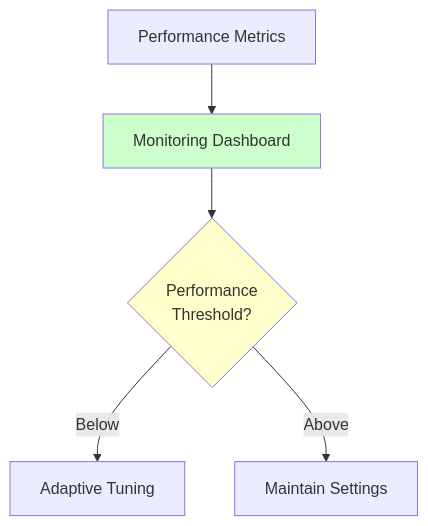
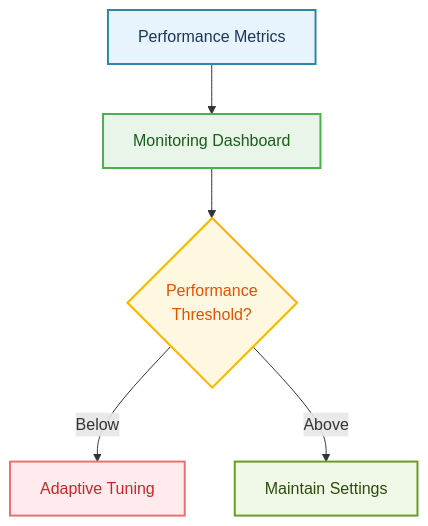
Diagram 16 of 17 in reference/technical-articles/2025-06-29-context-management-llm-agents.md (raphaelmansuy/digital_palace), drawn with Mermaid before and after one commit. The commit also changed other lines of this file, not shown here.

Commit message:
feat: enhance flowchart styles for improved visual clarity and consistency

````diff
--- a/reference/technical-articles/2025-06-29-context-management-llm-agents.md
+++ b/reference/technical-articles/2025-06-29-context-management-llm-agents.md
@@ -803,11 +888,14 @@
 ```mermaid
 flowchart TD
     A[Performance Metrics] --> B[Monitoring Dashboard]
     
     B --> C{Performance<br/>Threshold?}
     C -->|Below| D[Adaptive Tuning]
     C -->|Above| E[Maintain Settings]
     
-    style B fill:#ccffcc
-    style C fill:#ffffcc
+    style A fill:#E8F4FD,stroke:#2E86AB,stroke-width:2px,color:#1A365D
+    style B fill:#E8F5E8,stroke:#4CAF50,stroke-width:2px,color:#1B5C1E
+    style C fill:#FFF8E1,stroke:#FFB300,stroke-width:2px,color:#E65100
+    style D fill:#FFEBEE,stroke:#E57373,stroke-width:2px,color:#C62828
+    style E fill:#F0F9E8,stroke:#6B9C23,stroke-width:2px,color:#2D4A0A
 ```
````
